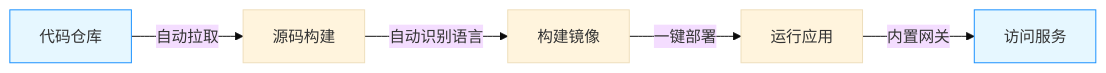
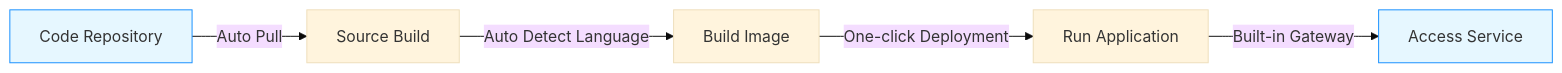
One commit to goodrain/rainbond-docs changed the diagram in i18n/en/docusaurus-plugin-content-docs/current/quick-start/getting-started.md. Above: the diagram before and after it, drawn with Mermaid (base theme). The commit also changed other lines of this file and 14 other files, not shown here.

````diff
--- a/i18n/en/docusaurus-plugin-content-docs/current/quick-start/getting-started.md
+++ b/i18n/en/docusaurus-plugin-content-docs/current/quick-start/getting-started.md
@@ -12,10 +12,10 @@
 ```mermaid
 flowchart LR
-  A[代码仓库] -->|自动拉取| B[源码构建]
-  B -->|自动识别语言| C[构建镜像]
-  C -->|一键部署| D[运行应用]
-  D -->|内置网关| E[访问服务]
+  A[Code Repository] -->|Auto Pull| B[Source Build]
+  B -->|Auto Detect Language| C[Build Image]
+  C -->|One-click Deployment| D[Run Application]
+  D -->|Built-in Gateway| E[Access Service]
 
   style A fill:#e6f7ff,stroke:#1890ff
   style E fill:#e6f7ff,stroke:#1890ff
 ```
````
